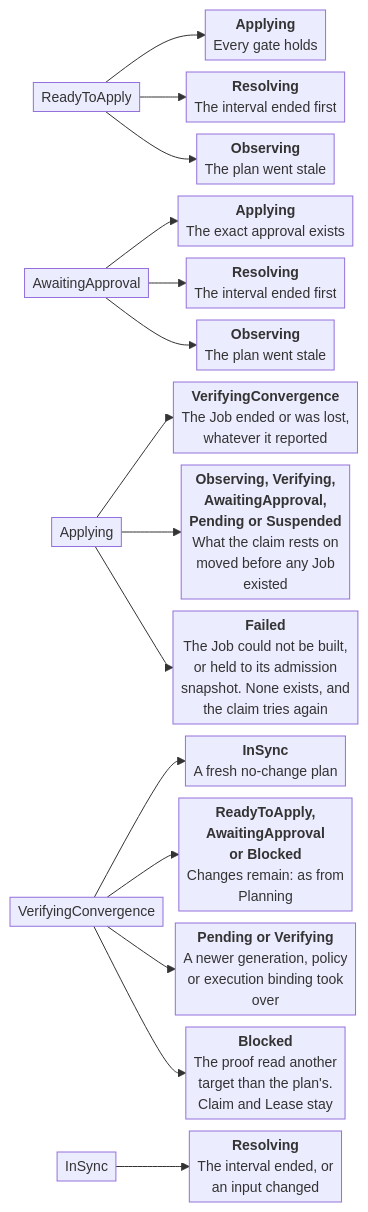
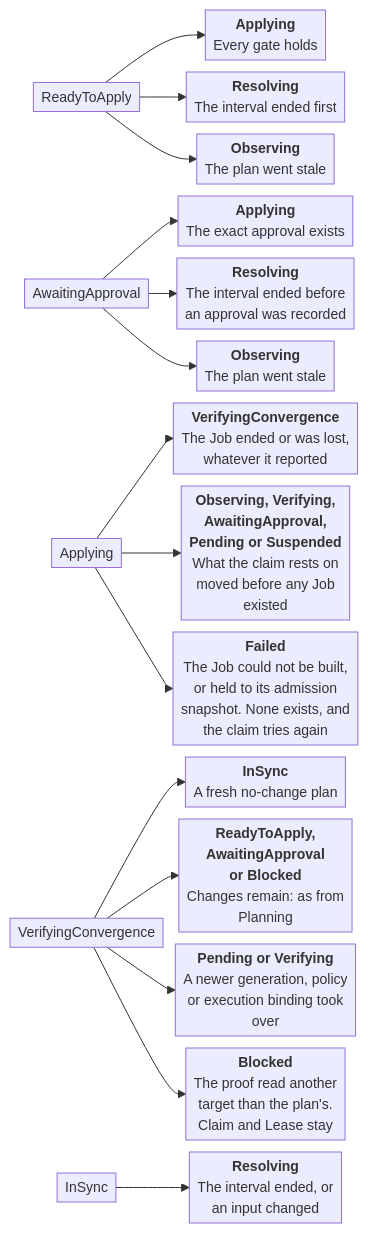
One commit to stokaro/ptah-operator changed the fourth of 8 diagrams in docs/site/src/content/docs/reference/reconciliation.md. Above: the diagram before and after it, drawn with Mermaid. The commit also changed other lines of this file and 9 other files, not shown here.

First line of the commit message:
Let a recorded schema approval win over a due read (#965)

````diff
--- a/docs/site/src/content/docs/reference/reconciliation.md
+++ b/docs/site/src/content/docs/reference/reconciliation.md
@@ -217,37 +217,37 @@
 ```mermaid
 ---
 config:
   look: classic
   themeVariables:
     fontSize: 14px
   flowchart:
     wrappingWidth: 260
     nodeSpacing: 12
     rankSpacing: 10
     padding: 4
     diagramPadding: 6
 ---
 flowchart LR
   %% status.phase
   accTitle: A schema's phases from a plan to the proof
   accDescr: ReadyToApply and AwaitingApproval lead to Applying, and every Apply Job that ended leads to VerifyingConvergence, which leads to InSync or back to a plan's verdict. Each box on the right names the next phase and what moves the resource there.
   ready["ReadyToApply"]
   approval["AwaitingApproval"]
   applying["Applying"]
   proof["VerifyingConvergence"]
   insync["InSync"]
   ready --> readyApplies["<b>Applying</b><br/>Every gate holds"]
   ready --> readyRefreshes["<b>Resolving</b><br/>The interval ended first"]
   ready --> readyStale["<b>Observing</b><br/>The plan went stale"]
   approval --> approved["<b>Applying</b><br/>The exact approval exists"]
-  approval --> approvalRefreshes["<b>Resolving</b><br/>The interval ended first"]
+  approval --> approvalRefreshes["<b>Resolving</b><br/>The interval ended before<br/>an approval was recorded"]
   approval --> approvalStale["<b>Observing</b><br/>The plan went stale"]
   applying --> applyEnded["<b>VerifyingConvergence</b><br/>The Job ended or was lost,<br/>whatever it reported"]
   applying --> applyWithdrawn["<b>Observing, Verifying,</b><br/><b>AwaitingApproval,</b><br/><b>Pending or Suspended</b><br/>What the claim rests on<br/>moved before any Job<br/>existed"]
   applying --> applyUnbuilt["<b>Failed</b><br/>The Job could not be built,<br/>or held to its admission<br/>snapshot. None exists, and<br/>the claim tries again"]
   proof --> proved["<b>InSync</b><br/>A fresh no-change plan"]
   proof --> changesRemain["<b>ReadyToApply,</b><br/><b>AwaitingApproval</b><br/><b>or Blocked</b><br/>Changes remain: as from<br/>Planning"]
   proof --> superseded["<b>Pending or Verifying</b><br/>A newer generation, policy<br/>or execution binding took<br/>over"]
   proof --> targetMoved["<b>Blocked</b><br/>The proof read another<br/>target than the plan's.<br/>Claim and Lease stay"]
   insync --> insyncReads["<b>Resolving</b><br/>The interval ended, or<br/>an input changed"]
 ```
````
